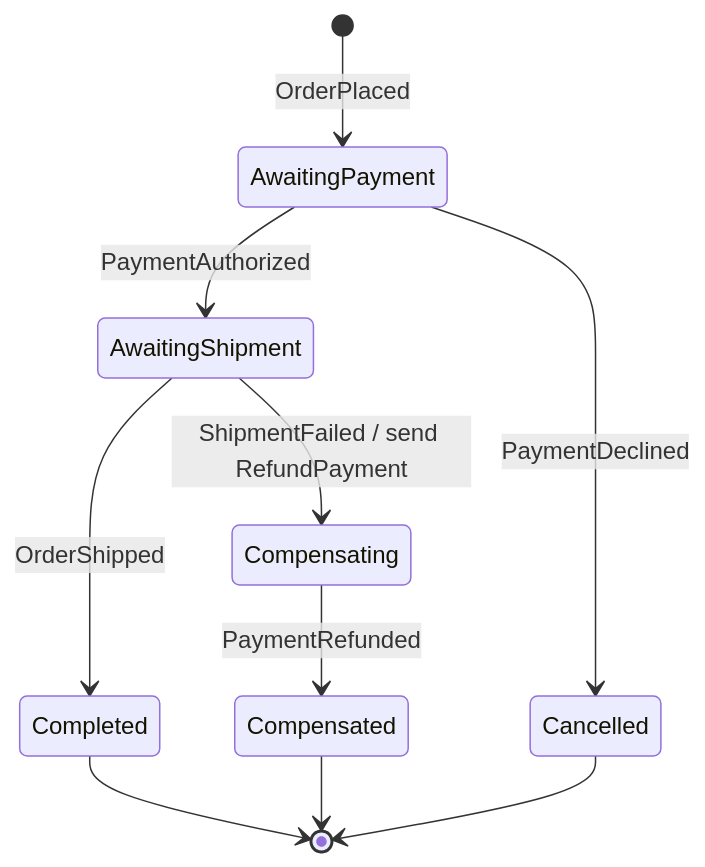
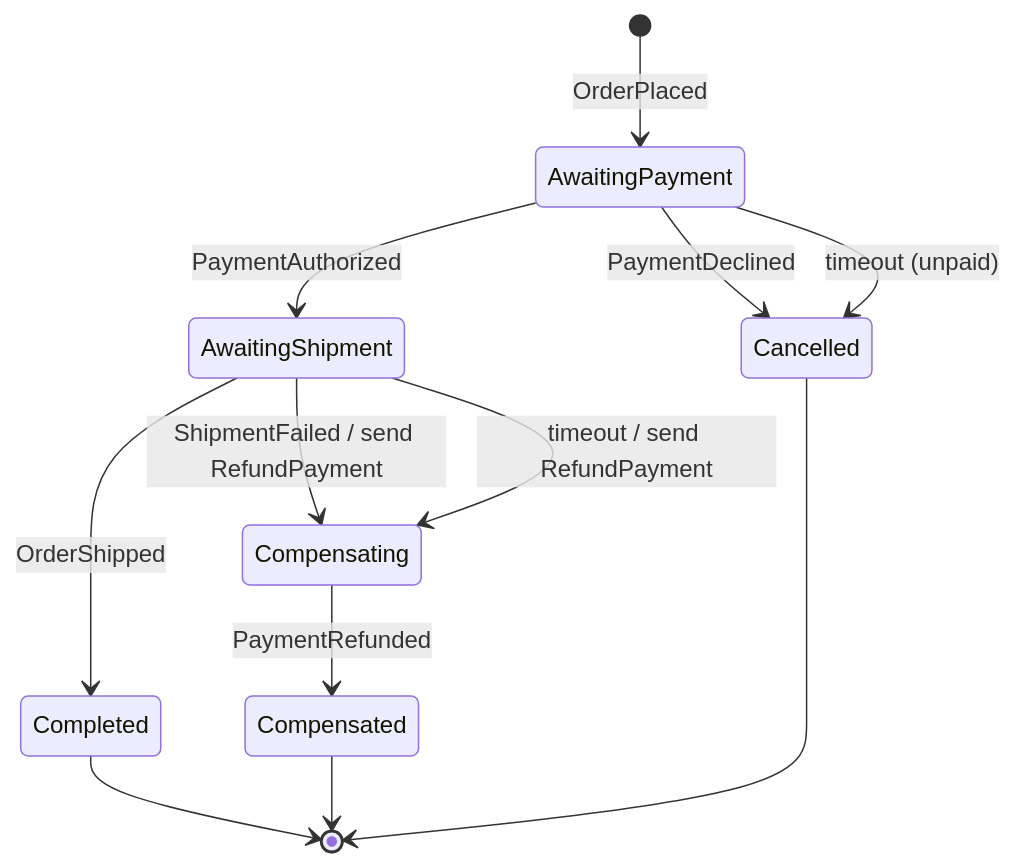
The diagram in docs/diagrams/saga-order-fulfilment.md (prodrigues2023/event-driven-dotnet-reference), drawn with Mermaid before and after one commit. The commit also changed other lines of this file and 6 other files, not shown here.

````diff
--- a/docs/diagrams/saga-order-fulfilment.md
+++ b/docs/diagrams/saga-order-fulfilment.md
@@ -7,16 +7,18 @@
 ```mermaid
 stateDiagram-v2
     [*] --> AwaitingPayment : OrderPlaced
 
     AwaitingPayment --> AwaitingShipment : PaymentAuthorized
     AwaitingPayment --> Cancelled : PaymentDeclined
+    AwaitingPayment --> Cancelled : timeout (unpaid)
 
     AwaitingShipment --> Completed : OrderShipped
     AwaitingShipment --> Compensating : ShipmentFailed / send RefundPayment
+    AwaitingShipment --> Compensating : timeout / send RefundPayment
 
     Compensating --> Compensated : PaymentRefunded
 
     Completed --> [*]
     Cancelled --> [*]
     Compensated --> [*]
 ```
````
